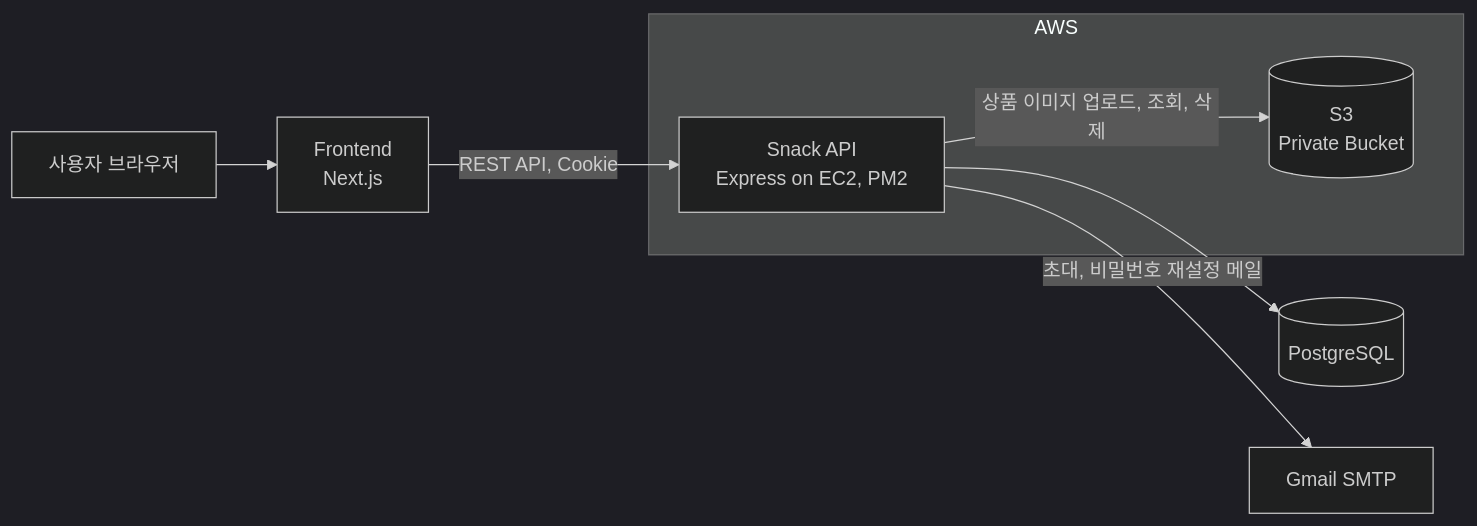
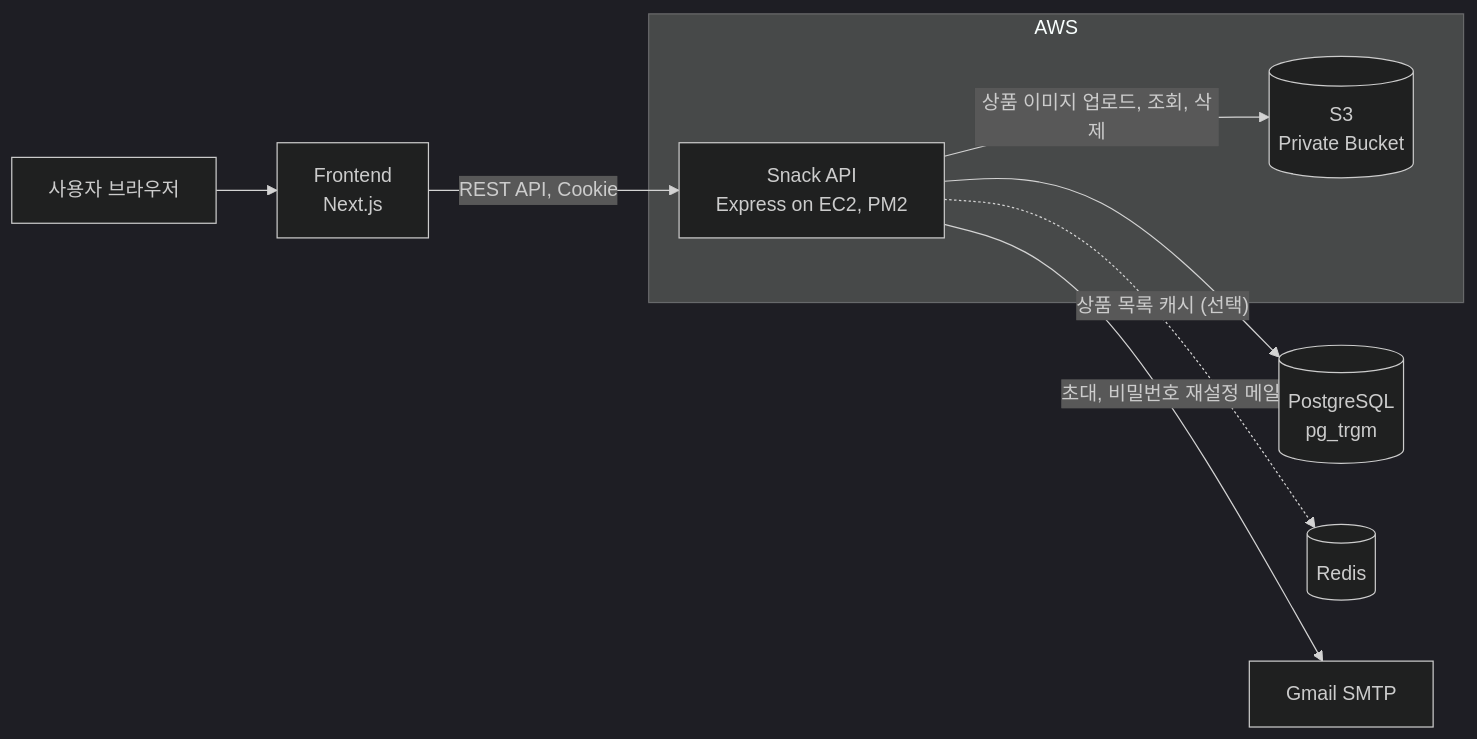
One commit to seonghwi-ha/13-2-snack-be changed the first of 5 diagrams in README.md. Above: the diagram before and after it, drawn with Mermaid (dark theme). The commit also changed other lines of this file, not shown here.

````diff
--- a/README.md
+++ b/README.md
@@ -50,14 +290,15 @@
 ```mermaid
 flowchart LR
     User["사용자 브라우저"] --> FE["Frontend<br/>Next.js"]
     FE -- "REST API, Cookie" --> API
 
     subgraph AWS["AWS"]
         API["Snack API<br/>Express on EC2, PM2"]
         S3[("S3<br/>Private Bucket")]
     end
 
-    API --> DB[("PostgreSQL")]
+    API --> DB[("PostgreSQL<br/>pg_trgm")]
+    API -. "상품 목록 캐시 (선택)" .-> Redis[("Redis")]
     API -- "상품 이미지 업로드, 조회, 삭제" --> S3
     API -- "초대, 비밀번호 재설정 메일" --> Mail["Gmail SMTP"]
 ```
````
